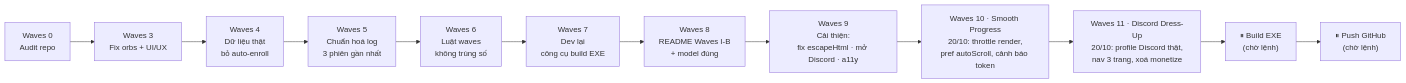
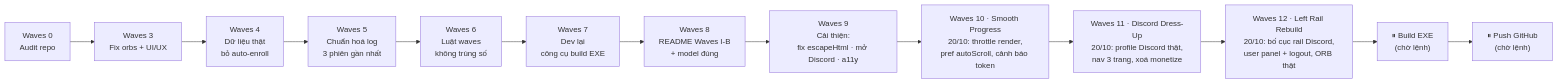
The fifth of 5 diagrams in README.md (duyzoz/AUTO-QUEST), drawn with Mermaid before and after one commit. The commit also changed other lines of this file and 7 other files, not shown here.

First line of the commit message:
Waves 12: Left Rail Rebuild - Discord web layout, logout button, real ORB balance

````diff
--- a/README.md
+++ b/README.md
@@ -151,14 +151,15 @@
 ```mermaid
 flowchart LR
     W0["Waves 0<br/>Audit repo"] --> W3["Waves 3<br/>Fix orbs + UI/UX"]
     W3 --> W4["Waves 4<br/>Dữ liệu thật<br/>bỏ auto-enroll"]
     W4 --> W5["Waves 5<br/>Chuẩn hoá log<br/>3 phiên gần nhất"]
     W5 --> W6["Waves 6<br/>Luật waves<br/>không trùng số"]
     W6 --> W7["Waves 7<br/>Dev lại<br/>công cụ build EXE"]
     W7 --> W8["Waves 8<br/>README Waves I-B<br/>+ model đúng"]
     W8 --> W9["Waves 9<br/>Cải thiện:<br/>fix escapeHtml · mở Discord · a11y"]
     W9 --> W10["Waves 10 · Smooth Progress<br/>20/10: throttle render,<br/>pref autoScroll, cảnh báo token"]
     W10 --> W11["Waves 11 · Discord Dress-Up<br/>20/10: profile Discord thật,<br/>nav 3 trang, xoá monetize"]
-    W11 --> B["⏸ Build EXE<br/>(chờ lệnh)"]
+    W11 --> W12["Waves 12 · Left Rail Rebuild<br/>20/10: bố cục rail Discord,<br/>user panel + logout, ORB thật"]
+    W12 --> B["⏸ Build EXE<br/>(chờ lệnh)"]
     B --> P["⏸ Push GitHub<br/>(chờ lệnh)"]
 ```
````
